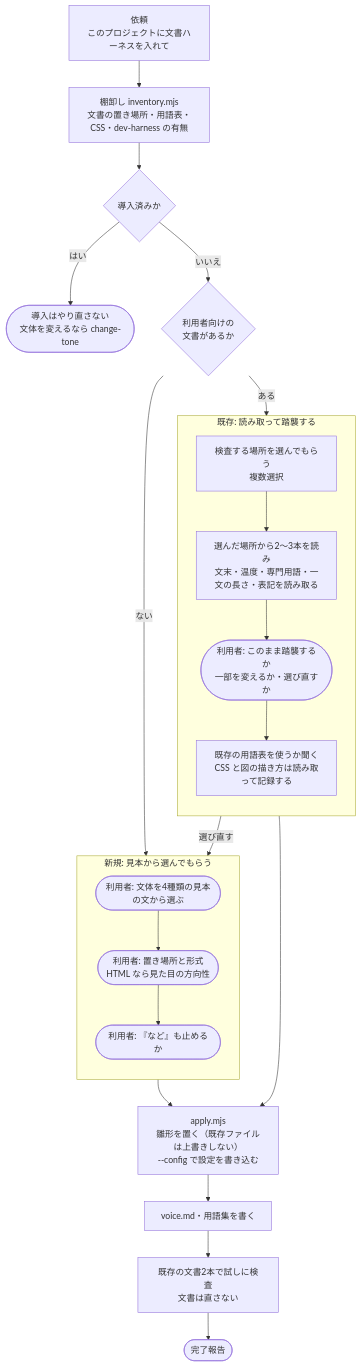
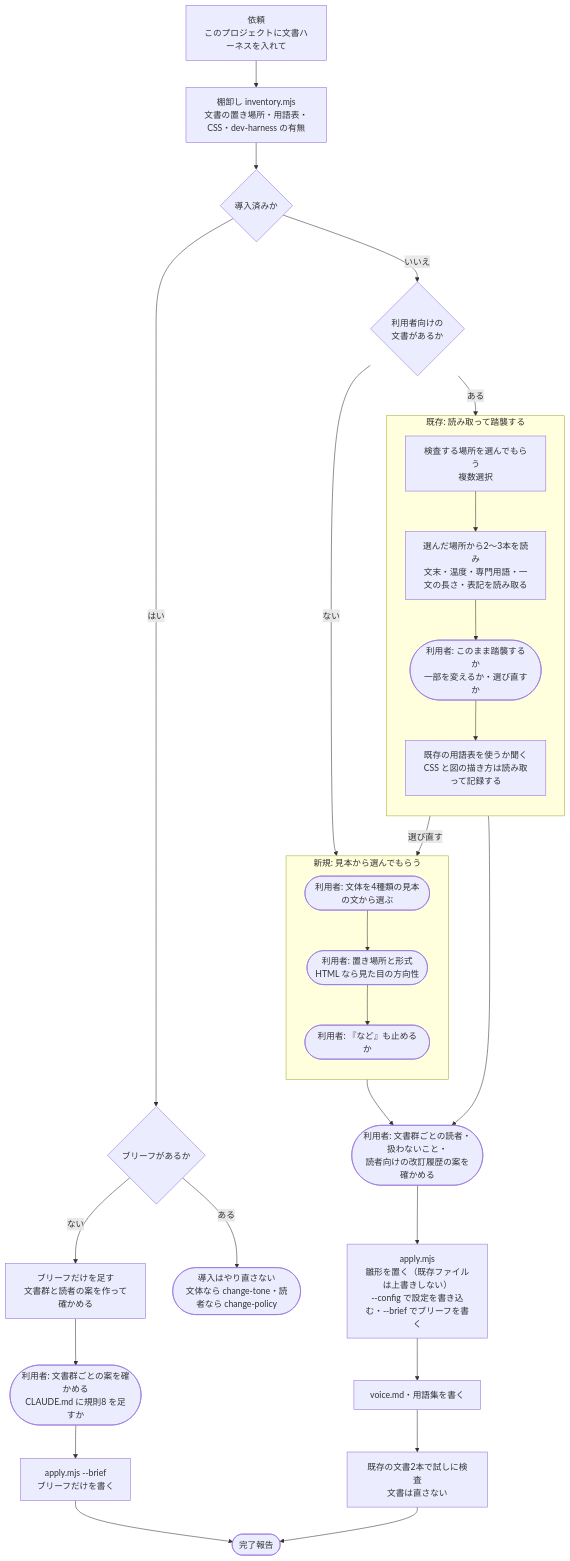
The diagram in docs/diagrams/03_導入フロー図.md (mizuta0711/claude-doc-harness), drawn with Mermaid before and after one commit. The commit also changed other lines of this file and 22 other files, not shown here.

````diff
--- a/docs/diagrams/03_導入フロー図.md
+++ b/docs/diagrams/03_導入フロー図.md
@@ -26,36 +26,43 @@
 ```mermaid
 flowchart TD
     START["依頼<br/>このプロジェクトに文書ハーネスを入れて"]
     INV["棚卸し inventory.mjs<br/>文書の置き場所・用語表・CSS・dev-harness の有無"]
     DONE_BEFORE{"導入済みか"}
-    TO_TONE(["導入はやり直さない<br/>文体を変えるなら change-tone"])
+    HAS_BRIEF{"ブリーフがあるか"}
+    ADD_BRIEF["ブリーフだけを足す<br/>文書群と読者の案を作って確かめる"]
+    TO_TONE(["導入はやり直さない<br/>文体なら change-tone・読者なら change-policy"])
     EXIST{"利用者向けの<br/>文書があるか"}
 
     subgraph EXISTING["既存: 読み取って踏襲する"]
         direction TB
         A1["検査する場所を選んでもらう<br/>複数選択"]
         A2["選んだ場所から2〜3本を読み<br/>文末・温度・専門用語・一文の長さ・表記を読み取る"]
         A3(["利用者: このまま踏襲するか<br/>一部を変えるか・選び直すか"])
         A4["既存の用語表を使うか聞く<br/>CSS と図の描き方は読み取って記録する"]
     end
 
     subgraph NEW["新規: 見本から選んでもらう"]
         direction TB
         B1(["利用者: 文体を4種類の見本の文から選ぶ"])
         B2(["利用者: 置き場所と形式<br/>HTML なら見た目の方向性"])
         B3(["利用者: 『など』も止めるか"])
     end
 
-    APPLY["apply.mjs<br/>雛形を置く（既存ファイルは上書きしない）<br/>--config で設定を書き込む"]
+    GROUPS(["利用者: 文書群ごとの読者・扱わないこと・<br/>読者向けの改訂履歴の案を確かめる"])
+    APPLY["apply.mjs<br/>雛形を置く（既存ファイルは上書きしない）<br/>--config で設定を書き込む・--brief でブリーフを書く"]
     VOICE["voice.md・用語集を書く"]
     TRY["既存の文書2本で試しに検査<br/>文書は直さない"]
     REPORT(["完了報告"])
 
     START --> INV --> DONE_BEFORE
-    DONE_BEFORE -- はい --> TO_TONE
+    DONE_BEFORE -- はい --> HAS_BRIEF
+    HAS_BRIEF -- ある --> TO_TONE
+    HAS_BRIEF -- ない --> ADD_BRIEF --> GROUPS2(["利用者: 文書群ごとの案を確かめる<br/>CLAUDE.md に規則8 を足すか"])
+    GROUPS2 --> BRIEF_ONLY["apply.mjs --brief<br/>ブリーフだけを書く"] --> REPORT
     DONE_BEFORE -- いいえ --> EXIST
-    EXIST -- ある --> A1 --> A2 --> A3 --> A4 --> APPLY
+    EXIST -- ある --> A1 --> A2 --> A3 --> A4 --> GROUPS
     A3 -- 選び直す --> B1
-    EXIST -- ない --> B1 --> B2 --> B3 --> APPLY
+    EXIST -- ない --> B1 --> B2 --> B3 --> GROUPS
+    GROUPS --> APPLY
     APPLY --> VOICE --> TRY --> REPORT
 ```
````
